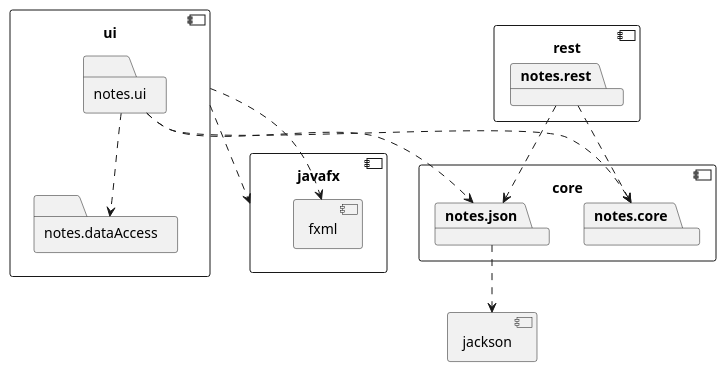
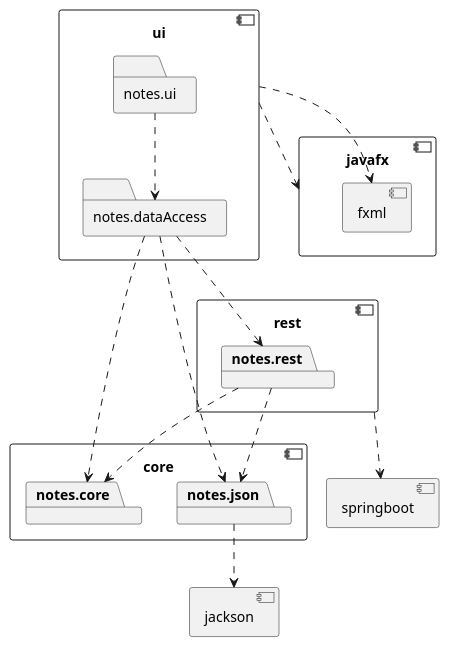
Before and after one commit to aasmul1/Informatikk-Prosjektarbeid: the diagram in notes/diagrams/src/architecture.puml, drawn with PlantUML.

Commit message:
Made some changes in architecture to include rest module

```diff
--- a/notes/diagrams/src/architecture.puml
+++ b/notes/diagrams/src/architecture.puml
@@ -1,39 +1,50 @@
 @startuml architecture.puml
 
 component core {
 	package notes.core
 	package notes.json
 }
 
 component jackson {
 }
 
 notes.json ..> jackson
 
 component ui {
  	folder notes.ui
     folder notes.dataAccess
 }
 
-notes.ui ..> notes.core
-notes.ui ..> notes.json
 
 component javafx {
  	component fxml {
  	}
 }
 
-ui ..> javafx
-ui ..> fxml
-notes.ui ..> notes.dataAccess
+
+
 
 
 component rest {
 	package notes.rest
 }
 
+component springboot{
+
+}
+ui ..> javafx
+ui ..> fxml
+notes.ui ..> notes.dataAccess
+notes.dataAccess ..> notes.json
+notes.dataAccess ..> notes.core
+notes.dataAccess ..> notes.rest
+
+
 notes.rest ..> notes.core
+notes.rest ..> notes.json
+rest ..> springboot
 
-notes.rest ..> notes.json
+
+
 
 @enduml
```
